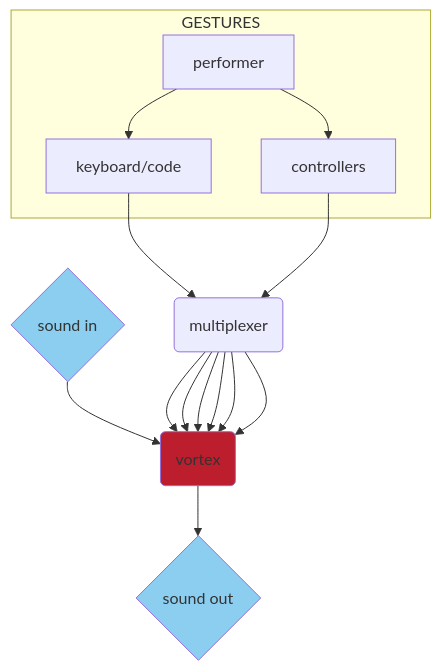
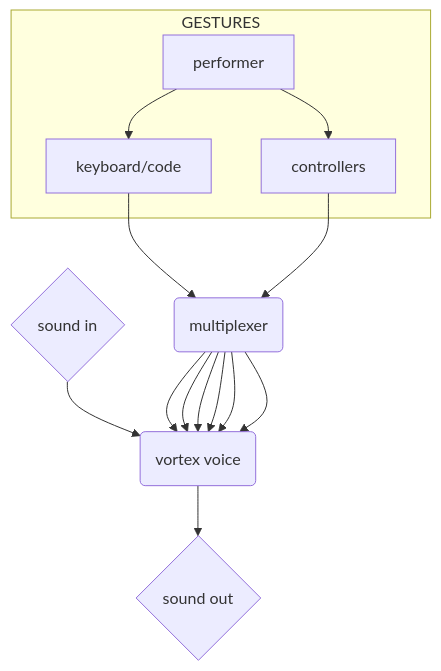
One commit to madskjeldgaard/web changed the second of 6 diagrams in content/projects/vortex.md. Above: the diagram before and after it, drawn with Mermaid. The commit also changed other lines of this file and 3 other files, not shown here.

```diff
--- a/content/projects/vortex.md
+++ b/content/projects/vortex.md
@@ -51,25 +101,21 @@
 {{<mermaid>}}
 graph TB
 G{sound in} --> E
 
 subgraph GESTURES
 A[performer] --> B[keyboard/code]
 
 A --> C[controllers]
 end
 B --> D(multiplexer)
 C --> D
 
-D --> E(vortex)
+D --> E(vortex voice)
 D --> E
 D --> E
 D --> E
 D --> E
 D --> E
 
-style E fill:#BD1E2E
-style G fill:#8BCEF0
-style F fill:#8BCEF0
-
 E --> F{sound out}
 {{</mermaid>}}
```
